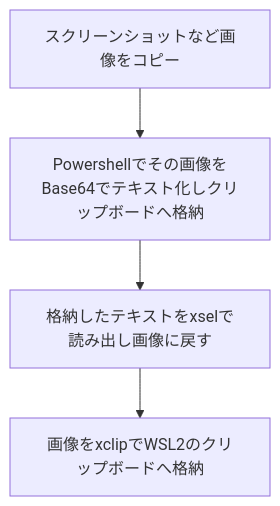
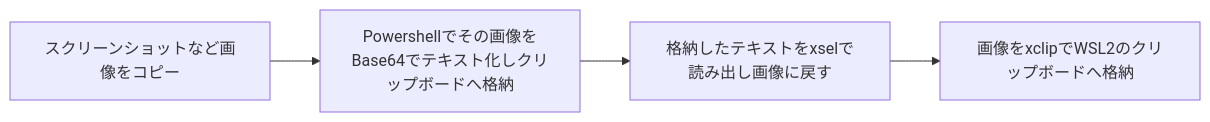
Before and after one commit to metaproxy-technologies/pages: the fourth of 4 diagrams in docs/_posts/2021-12-22-pasteImageWithWSL2.md, drawn with Mermaid.

````diff
--- a/docs/_posts/2021-12-22-pasteImageWithWSL2.md
+++ b/docs/_posts/2021-12-22-pasteImageWithWSL2.md
@@ -98,10 +98,10 @@
 ```mermaid
-graph
+graph LR;
   A[スクリーンショットなど画像をコピー]
   B[Powershellでその画像をBase64でテキスト化しクリップボードへ格納]
   C[格納したテキストをxselで読み出し画像に戻す]
   D[画像をxclipでWSL2のクリップボードへ格納]
   A --> B
   B --> C
   C --> D
 ```
````
